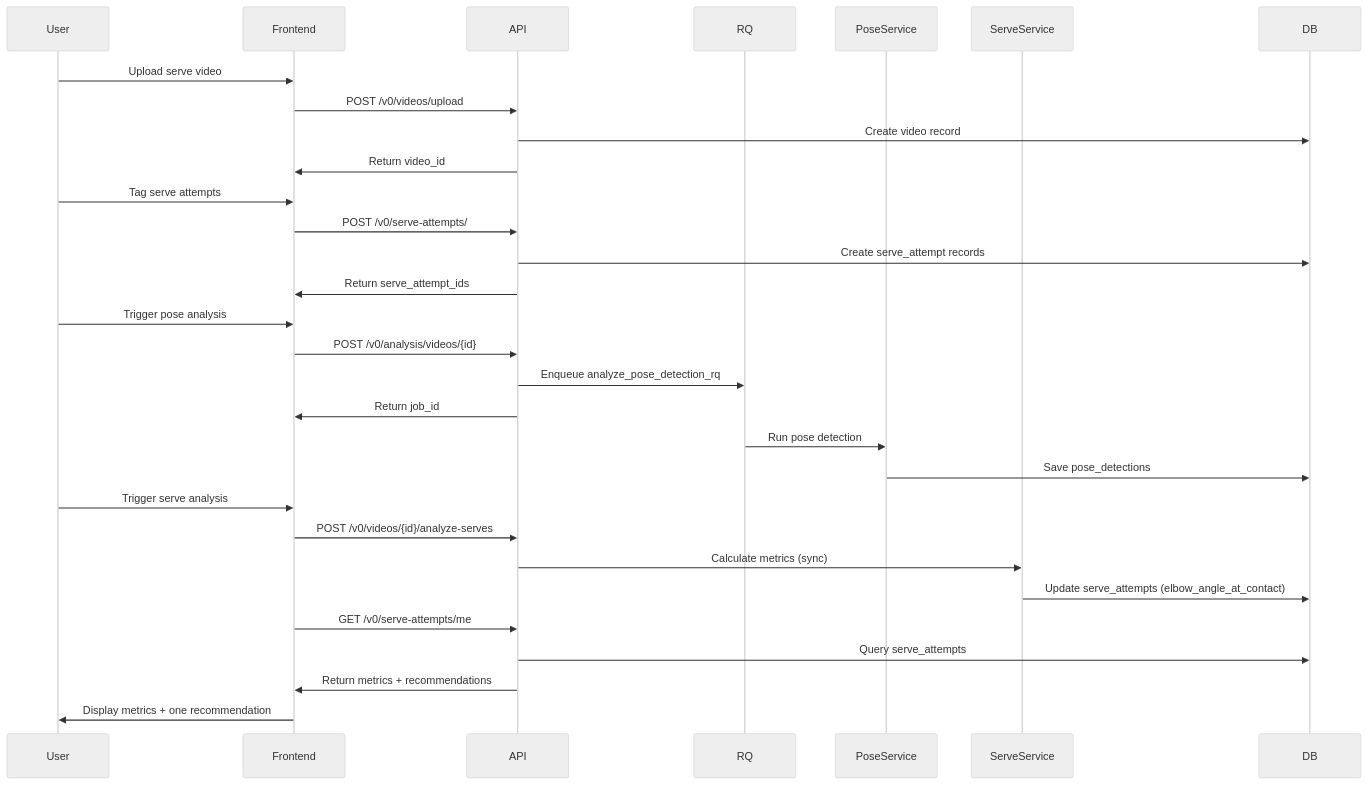
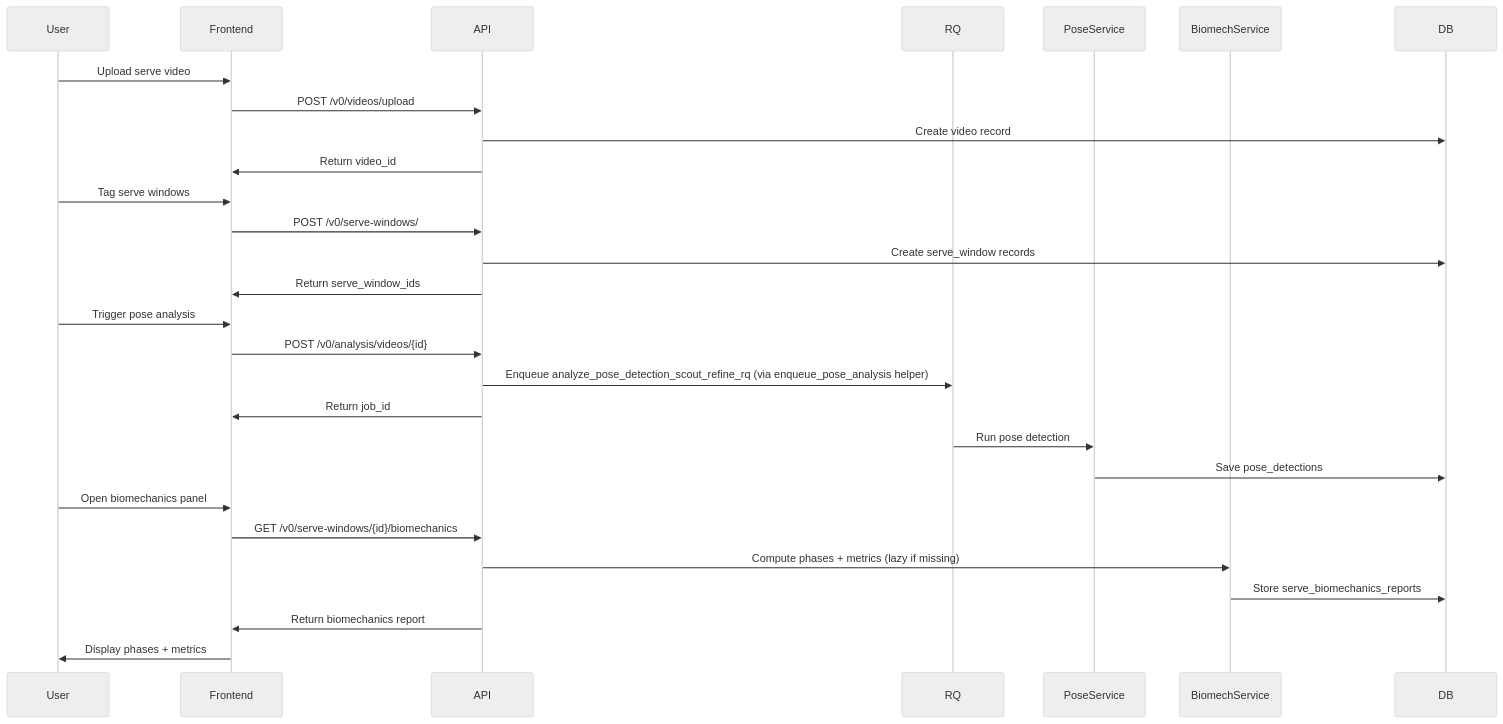
One commit to aseda-sam/tennis_coach_app changed the diagram in backend/docs/background-jobs.md. Above: the diagram before and after it, drawn with Mermaid (neutral theme). The commit also changed other lines of this file and 336 other files, not shown here.

First line of the commit message:
Redesign phase segmentation (KTP architecture), ball detection pipeline, and analysis dashboard

````diff
--- a/backend/docs/background-jobs.md
+++ b/backend/docs/background-jobs.md
@@ -10,38 +10,35 @@
 ```mermaid
 sequenceDiagram
     participant User
     participant Frontend
     participant API
     participant RQ
     participant PoseService
-    participant ServeService
+    participant BiomechService
     participant DB
 
     User->>Frontend: Upload serve video
     Frontend->>API: POST /v0/videos/upload
     API->>DB: Create video record
     API->>Frontend: Return video_id
 
-    User->>Frontend: Tag serve attempts
-    Frontend->>API: POST /v0/serve-attempts/
-    API->>DB: Create serve_attempt records
-    API->>Frontend: Return serve_attempt_ids
+    User->>Frontend: Tag serve windows
+    Frontend->>API: POST /v0/serve-windows/
+    API->>DB: Create serve_window records
+    API->>Frontend: Return serve_window_ids
 
     User->>Frontend: Trigger pose analysis
     Frontend->>API: POST /v0/analysis/videos/{id}
-    API->>RQ: Enqueue analyze_pose_detection_rq
+    API->>RQ: Enqueue analyze_pose_detection_scout_refine_rq (via enqueue_pose_analysis helper)
     API->>Frontend: Return job_id
 
     RQ->>PoseService: Run pose detection
     PoseService->>DB: Save pose_detections
 
-    User->>Frontend: Trigger serve analysis
-    Frontend->>API: POST /v0/videos/{id}/analyze-serves
-    API->>ServeService: Calculate metrics (sync)
-    ServeService->>DB: Update serve_attempts (elbow_angle_at_contact)
-
-    Frontend->>API: GET /v0/serve-attempts/me
-    API->>DB: Query serve_attempts
-    API->>Frontend: Return metrics + recommendations
-    Frontend->>User: Display metrics + one recommendation
+    User->>Frontend: Open biomechanics panel
+    Frontend->>API: GET /v0/serve-windows/{id}/biomechanics
+    API->>BiomechService: Compute phases + metrics (lazy if missing)
+    BiomechService->>DB: Store serve_biomechanics_reports
+    API->>Frontend: Return biomechanics report
+    Frontend->>User: Display phases + metrics
 ```
````
